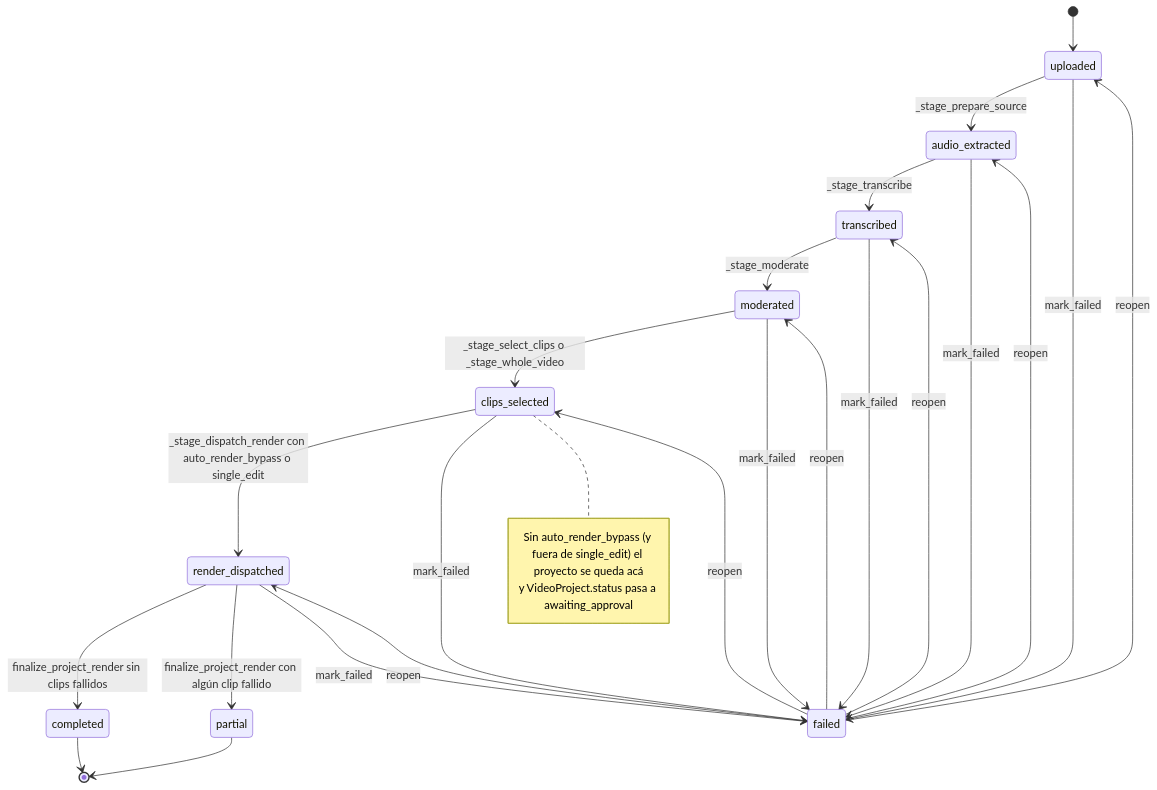
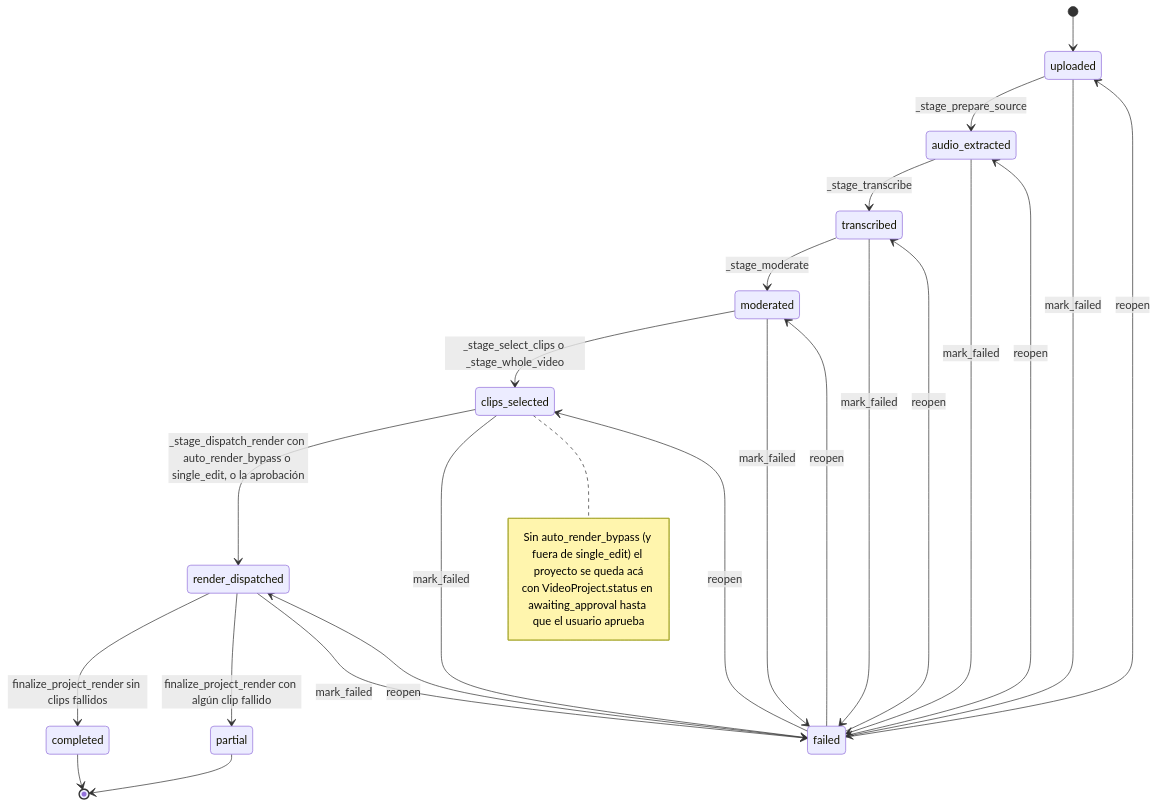
One commit to RomeKai/videoeditUTN changed the second of 5 diagrams in documents/ia/02-pipeline-de-ingesta.md. Above: the diagram before and after it, drawn with Mermaid. The commit also changed other lines of this file and 17 other files, not shown here.

````diff
--- a/documents/ia/02-pipeline-de-ingesta.md
+++ b/documents/ia/02-pipeline-de-ingesta.md
@@ -80,29 +82,29 @@
 ```mermaid
 stateDiagram-v2
     [*] --> uploaded
     uploaded --> audio_extracted: _stage_prepare_source
     audio_extracted --> transcribed: _stage_transcribe
     transcribed --> moderated: _stage_moderate
     moderated --> clips_selected: _stage_select_clips o _stage_whole_video
-    clips_selected --> render_dispatched: _stage_dispatch_render con auto_render_bypass o single_edit
+    clips_selected --> render_dispatched: _stage_dispatch_render con auto_render_bypass o single_edit, o la aprobación
     render_dispatched --> completed: finalize_project_render sin clips fallidos
     render_dispatched --> partial: finalize_project_render con algún clip fallido
     uploaded --> failed: mark_failed
     audio_extracted --> failed: mark_failed
     transcribed --> failed: mark_failed
     moderated --> failed: mark_failed
     clips_selected --> failed: mark_failed
     render_dispatched --> failed: mark_failed
     failed --> uploaded: reopen
     failed --> audio_extracted: reopen
     failed --> transcribed: reopen
     failed --> moderated: reopen
     failed --> clips_selected: reopen
     failed --> render_dispatched: reopen
     completed --> [*]
     partial --> [*]
     note right of clips_selected
         Sin auto_render_bypass (y fuera de single_edit) el proyecto se queda acá
-        y VideoProject.status pasa a awaiting_approval
+        con VideoProject.status en awaiting_approval hasta que el usuario aprueba
     end note
 ```
````
